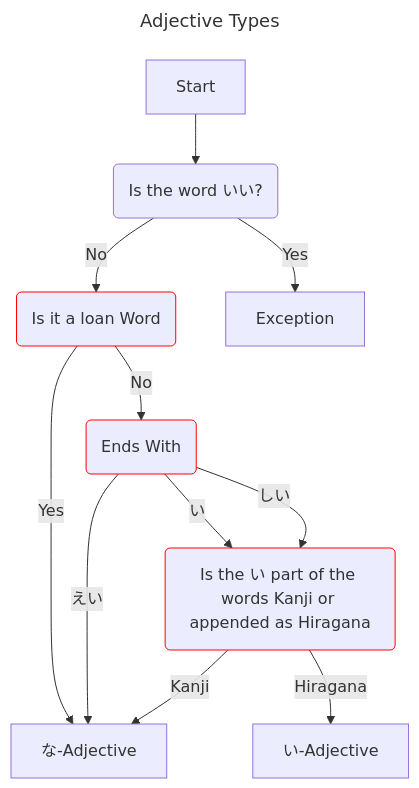
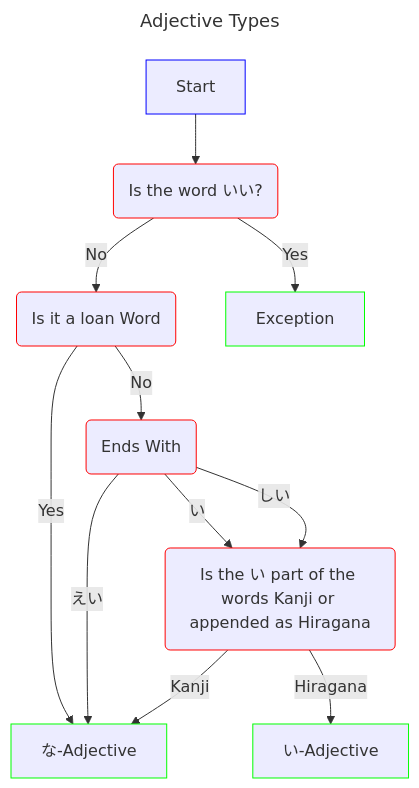
One commit to NathanKewley/Japanese changed the diagram in Grammar/い-Adjectives-And-な-Adjectives.md. Above: the diagram before and after it, drawn with Mermaid.

Commit message:
making the flowchart かわいい

````diff
--- a/Grammar/い-Adjectives-And-な-Adjectives.md
+++ b/Grammar/い-Adjectives-And-な-Adjectives.md
@@ -55,30 +55,35 @@
 ```mermaid
 ---
 title: Adjective Types
 ---
 flowchart TD;
     classDef question stroke:#f00
 
     Start[Start] --> Except(Is the word いい?)
     IsIt(Is it a loan Word)
     NotLoan(Ends With)
     KanjiEnds(Is the い part of the words Kanji or appended as Hiragana)
 
+    い-Adjective[い-Adjective]
+    な-Adjective[な-Adjective]
+    Exception[Exception]
+
+    style Start stroke:#00F
+    style Except stroke:#F00
     style IsIt stroke:#F00
     style NotLoan stroke:#F00
     style KanjiEnds stroke:#F00
-
-    い-Adjective[い-Adjective]
-    な-Adjective[な-Adjective]
-    Exception[Exception]
+    style い-Adjective stroke:#0F0
+    style な-Adjective stroke:#0F0
+    style Exception stroke:#0F0
 
     Except -->|Yes| Exception
     Except -->|No| IsIt
     IsIt -->|Yes| な-Adjective
     IsIt -->|No| NotLoan
     NotLoan -->|えい| な-Adjective
     NotLoan -->|い| KanjiEnds
     NotLoan -->|しい| KanjiEnds
     KanjiEnds -->|Kanji| な-Adjective
     KanjiEnds -->|Hiragana| い-Adjective
 ```
````
